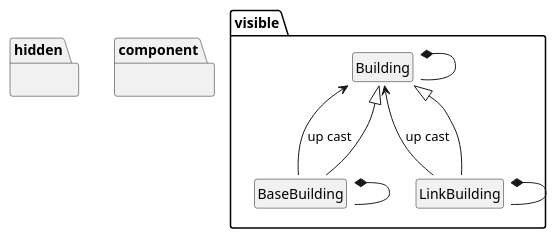
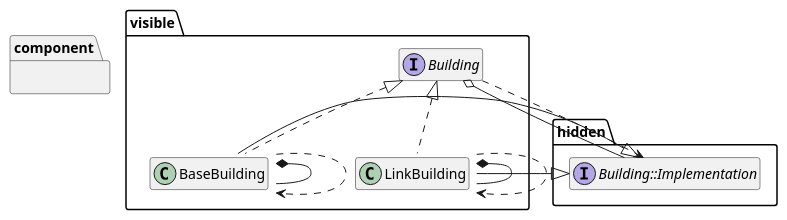
One commit to Hanssen0/Unnaming_Game changed the diagram in docs/UML/Building.puml. Above: the diagram before and after it, drawn with PlantUML. The commit also changed 1 other file, not shown here.

```diff
--- a/docs/UML/Building.puml
+++ b/docs/UML/Building.puml
@@ -1,17 +1,21 @@
 @startuml
 hide members
-hide circle
 namespace visible {
-   Building <-- BaseBuilding : up cast
-   Building <-- LinkBuilding : up cast
+  interface Building
+  Building <|.. BaseBuilding
+  Building <|.. LinkBuilding
 }
 namespace hidden {
+  interface Building::Implementation
   Building::Implementation <|-- BaseBuilding::Implementation
   Building::Implementation <|-- LinkBuilding::Implementation
 }
 namespace component {
-  Building *-- Building::Implementation
+  Building o-- Building::Implementation
   BaseBuilding *-- BaseBuilding::Implementation
   LinkBuilding *-- LinkBuilding::Implementation
+  Building ..> Building::Implementation
+  BaseBuilding ..> BaseBuilding::Implementation
+  LinkBuilding ..> LinkBuilding::Implementation
 }
 @enduml
```
